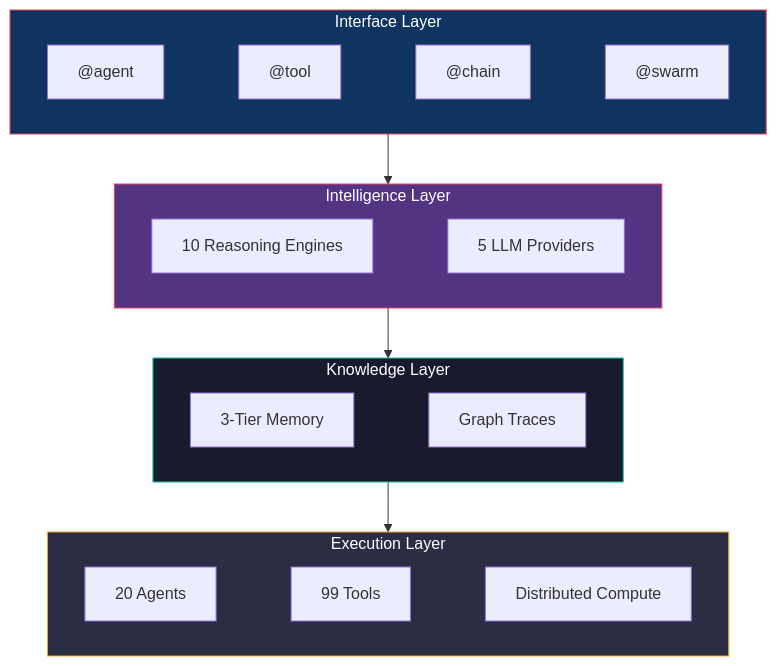
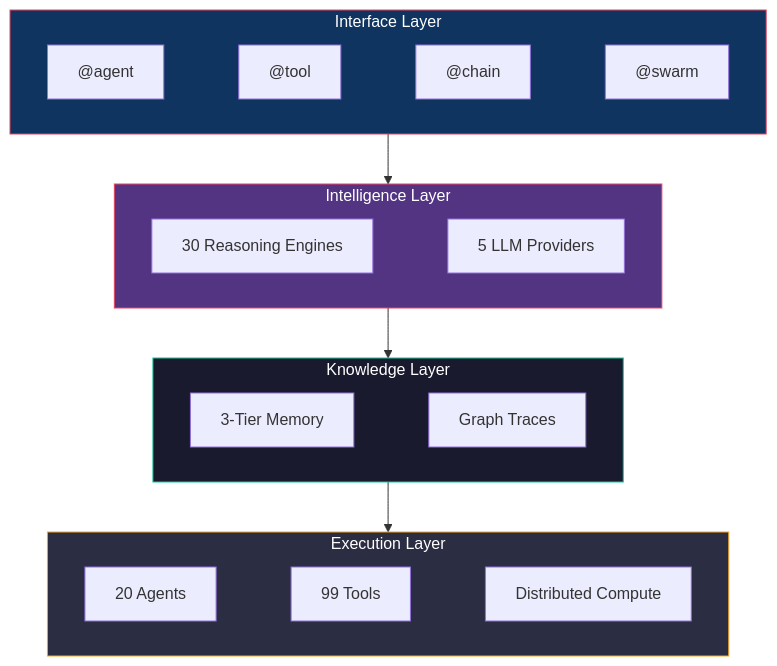
One commit to v10z/openagentflow changed the first of 2 diagrams in README.md. Above: the diagram before and after it, drawn with Mermaid. The commit also changed other lines of this file and 45 other files, not shown here.

````diff
--- a/README.md
+++ b/README.md
@@ -64,25 +64,25 @@
 ```mermaid
 graph TD
     subgraph Interface ["Interface Layer"]
         DA["@agent"] ~~~ DT["@tool"] ~~~ DC["@chain"] ~~~ DS["@swarm"]
     end
 
     subgraph Intelligence ["Intelligence Layer"]
-        R["10 Reasoning Engines"] ~~~ P["5 LLM Providers"]
+        R["30 Reasoning Engines"] ~~~ P["5 LLM Providers"]
     end
 
     subgraph Knowledge ["Knowledge Layer"]
         M["3-Tier Memory"] ~~~ G["Graph Traces"]
     end
 
     subgraph Execution ["Execution Layer"]
         AG["20 Agents"] ~~~ TL["99 Tools"] ~~~ D["Distributed Compute"]
     end
 
     Interface --> Intelligence --> Knowledge --> Execution
 
     style Interface fill:#0f3460,stroke:#e94560,color:#fff
     style Intelligence fill:#533483,stroke:#e94560,color:#fff
     style Knowledge fill:#1a1a2e,stroke:#16c79a,color:#fff
     style Execution fill:#2b2d42,stroke:#f5a623,color:#fff
 ```
````
